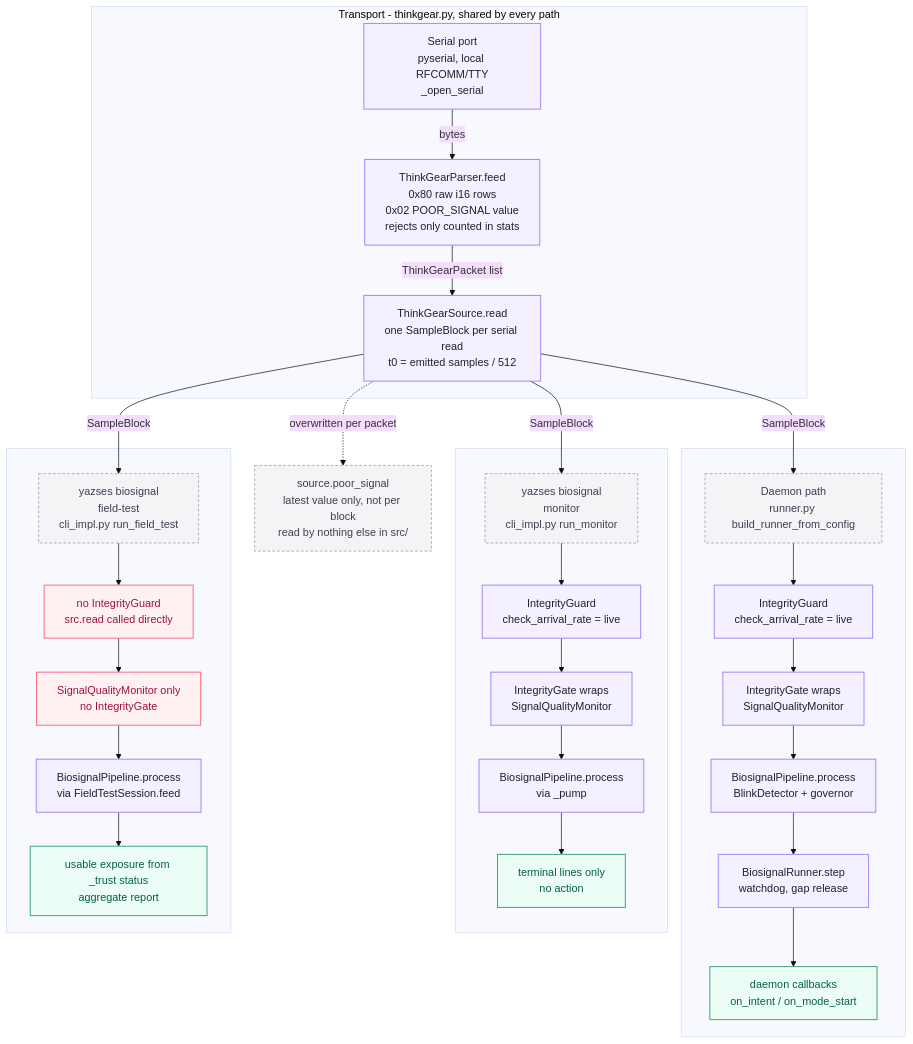
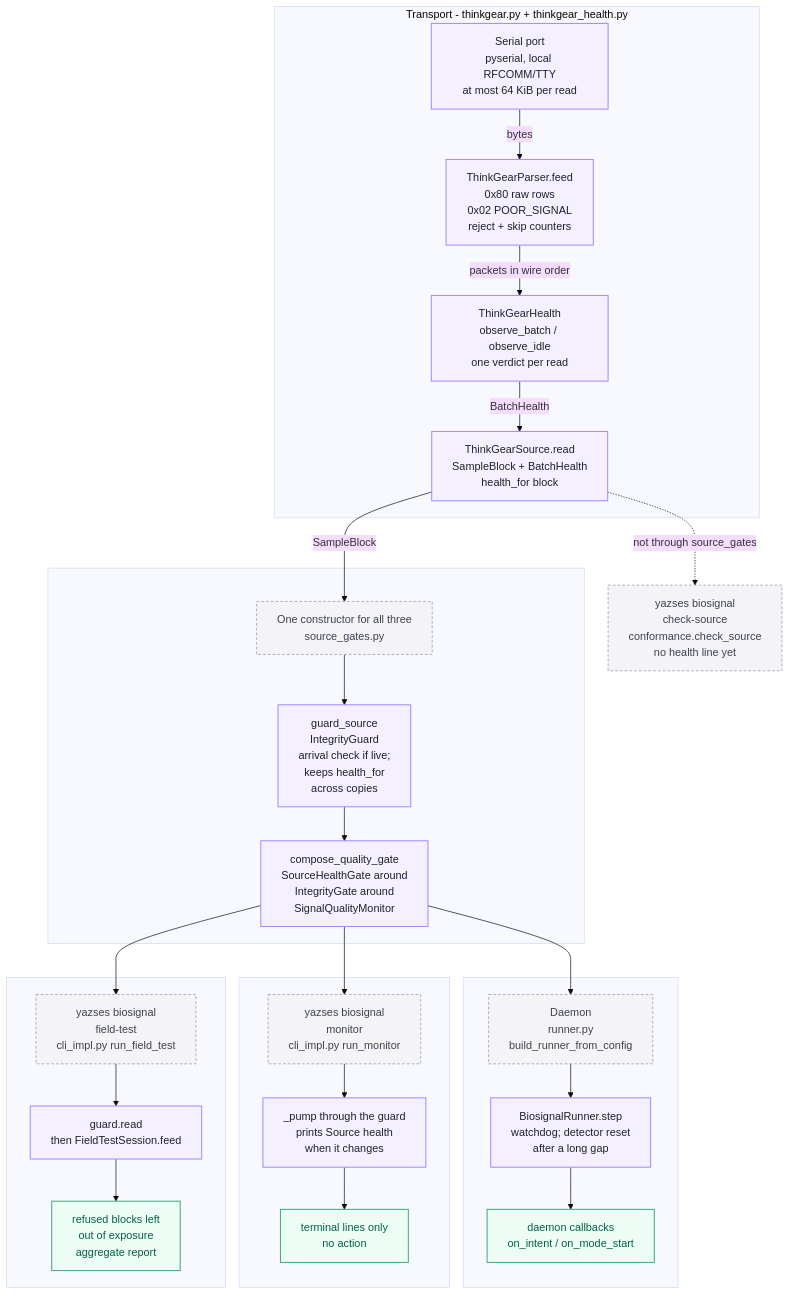
One commit to MSKazemi/yazses changed the first of 6 diagrams in design/biosignal/thinkgear-flowcharts.md. Above: the diagram before and after it, drawn with Mermaid (base theme). The commit also changed other lines of this file and 2 other files, not shown here.

First line of the commit message:
docs(biosignal): redraw the ThinkGear flowcharts against the #828-#830 code

````diff
--- a/design/biosignal/thinkgear-flowcharts.md
+++ b/design/biosignal/thinkgear-flowcharts.md
@@ -17,50 +18,52 @@
 ```mermaid
 flowchart TB
     classDef normal  fill:#f5f0ff,stroke:#a78bfa,stroke-width:1.5px,color:#20212b
     classDef success fill:#ecfdf5,stroke:#43a780,stroke-width:1.5px,color:#065f46
     classDef failure fill:#fff1f2,stroke:#fb7185,stroke-width:1.5px,color:#9f1239
     classDef muted   fill:#f4f4f6,stroke:#8c91a0,stroke-width:1px,stroke-dasharray:4 3,color:#3d4150
 
-    subgraph T[Transport - thinkgear.py, shared by every path]
-        SER[Serial port<br/>pyserial, local RFCOMM/TTY<br/>_open_serial]
-        PAR[ThinkGearParser.feed<br/>0x80 raw i16 rows<br/>0x02 POOR_SIGNAL value<br/>rejects only counted in stats]
-        SRC[ThinkGearSource.read<br/>one SampleBlock per serial read<br/>t0 = emitted samples / 512]
-        SER -->|bytes| PAR -->|ThinkGearPacket list| SRC
+    subgraph T[Transport - thinkgear.py + thinkgear_health.py]
+        SER[Serial port<br/>pyserial, local RFCOMM/TTY<br/>at most 64 KiB per read]
+        PAR[ThinkGearParser.feed<br/>0x80 raw rows<br/>0x02 POOR_SIGNAL<br/>reject + skip counters]
+        HL[ThinkGearHealth<br/>observe_batch / observe_idle<br/>one verdict per read]
+        SRC[ThinkGearSource.read<br/>SampleBlock + BatchHealth<br/>health_for block]
+        SER -->|bytes| PAR -->|packets in wire order| HL -->|BatchHealth| SRC
     end
-    PS[source.poor_signal<br/>latest value only, not per block<br/>read by nothing else in src/]:::muted
-    SRC -.->|overwritten per packet| PS
+
+    subgraph SG[" "]
+        SGH[One constructor for all three<br/>source_gates.py]:::muted
+        GS[guard_source<br/>IntegrityGuard<br/>arrival check if live;<br/>keeps health_for<br/>across copies]
+        CQ[compose_quality_gate<br/>SourceHealthGate around<br/>IntegrityGate around<br/>SignalQualityMonitor]
+        SGH --> GS --> CQ
+    end
+
+    SRC -->|SampleBlock| SGH
+    SRC -.->|not through source_gates| CS[yazses biosignal<br/>check-source<br/>conformance.check_source<br/>no health line yet]:::muted
+
+    CQ --> DH
+    CQ --> MH
+    CQ --> FH
 
     subgraph D[" "]
-        DH[Daemon path<br/>runner.py build_runner_from_config]:::muted
-        DG[IntegrityGuard<br/>check_arrival_rate = live]
-        DQ[IntegrityGate wraps<br/>SignalQualityMonitor]
-        DP[BiosignalPipeline.process<br/>BlinkDetector + governor]
-        DR[BiosignalRunner.step<br/>watchdog, gap release]
+        DH[Daemon<br/>runner.py<br/>build_runner_from_config]:::muted
+        DR[BiosignalRunner.step<br/>watchdog; detector reset<br/>after a long gap]
         DA[daemon callbacks<br/>on_intent / on_mode_start]:::success
-        DH --> DG --> DQ --> DP --> DR --> DA
+        DH --> DR --> DA
     end
 
     subgraph M[" "]
         MH[yazses biosignal<br/>monitor<br/>cli_impl.py run_monitor]:::muted
-        MG[IntegrityGuard<br/>check_arrival_rate = live]
-        MQ[IntegrityGate wraps<br/>SignalQualityMonitor]
-        MP[BiosignalPipeline.process<br/>via _pump]
+        MP[_pump through the guard<br/>prints Source health<br/>when it changes]
         MO[terminal lines only<br/>no action]:::success
-        MH --> MG --> MQ --> MP --> MO
+        MH --> MP --> MO
     end
 
     subgraph F[" "]
         FH[yazses biosignal<br/>field-test<br/>cli_impl.py run_field_test]:::muted
-        FG[no IntegrityGuard<br/>src.read called directly]:::failure
-        FQ[SignalQualityMonitor only<br/>no IntegrityGate]:::failure
-        FP[BiosignalPipeline.process<br/>via FieldTestSession.feed]
-        FO[usable exposure from _trust status<br/>aggregate report]:::success
-        FH --> FG --> FQ --> FP --> FO
+        FP[guard.read<br/>then FieldTestSession.feed]
+        FO[refused blocks left<br/>out of exposure<br/>aggregate report]:::success
+        FH --> FP --> FO
     end
 
-    SRC -->|SampleBlock| DH
-    SRC -->|SampleBlock| MH
-    SRC -->|SampleBlock| FH
-
-    class SER,PAR,SRC,DG,DQ,DP,DR,MG,MQ,MP,FP normal
+    class SER,PAR,HL,SRC,GS,CQ,DR,MP,FP normal
 ```
````
